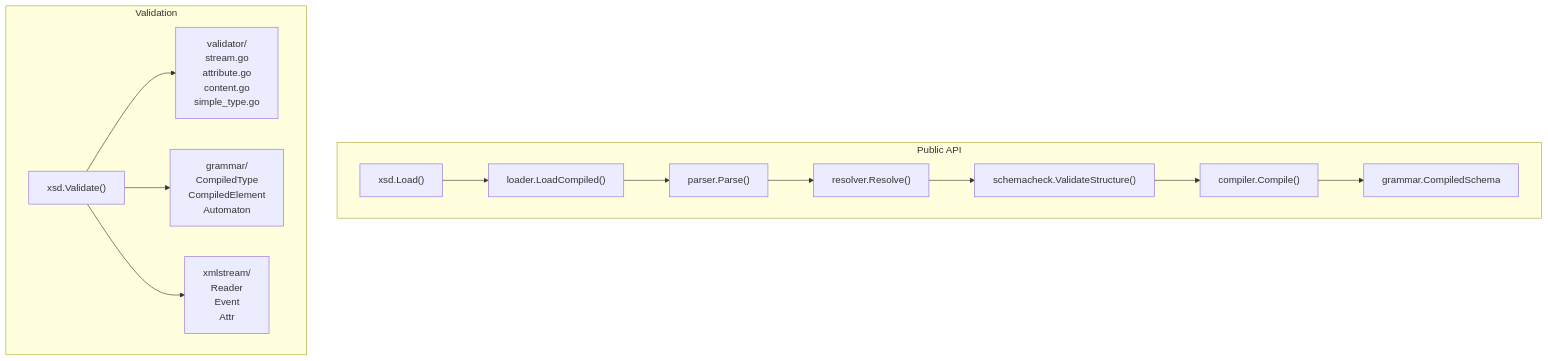
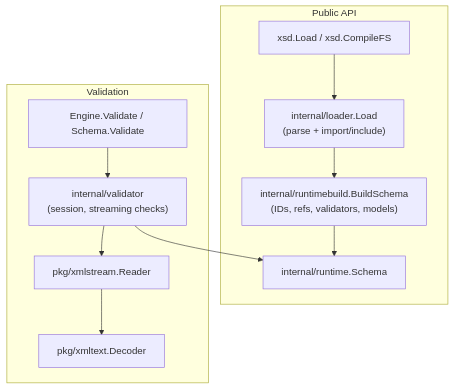
The second of 5 diagrams in docs/architecture.md (jacoelho/xsd), drawn with Mermaid before and after one commit. The commit also changed other lines of this file and 161 other files, not shown here.

Commit message:
refactor: runtime schema build and validation engine

````diff
--- a/docs/architecture.md
+++ b/docs/architecture.md
@@ -45,11 +46,12 @@
 ```mermaid
 flowchart TD
   subgraph PublicAPI["Public API"]
-    Load["xsd.Load()"] --> LoadCompiled["loader.LoadCompiled()"] --> Parse["parser.Parse()"] --> Resolve["resolver.Resolve()"] --> SchemaCheck["schemacheck.ValidateStructure()"] --> Compile["compiler.Compile()"] --> Compiled["grammar.CompiledSchema"]
+    Load["xsd.Load / xsd.CompileFS"] --> Loader["internal/loader.Load<br/>(parse + import/include)"] --> Build["internal/runtimebuild.BuildSchema<br/>(IDs, refs, validators, models)"] --> Runtime["internal/runtime.Schema"]
   end
   subgraph Validation
-    Validate["xsd.Validate()"] --> ValidatorPkg["validator/<br/>stream.go<br/>attribute.go<br/>content.go<br/>simple_type.go"]
-    Validate --> GrammarPkg["grammar/<br/>CompiledType<br/>CompiledElement<br/>Automaton"]
-    Validate --> XMLPkg["xmlstream/<br/>Reader<br/>Event<br/>Attr"]
+    Validate["Engine.Validate / Schema.Validate"] --> ValidatorPkg["internal/validator<br/>(session, streaming checks)"]
+    ValidatorPkg --> Runtime
+    ValidatorPkg --> XMLPkg["pkg/xmlstream.Reader"]
+    XMLPkg --> XMLText["pkg/xmltext.Decoder"]
   end
 ```
````
